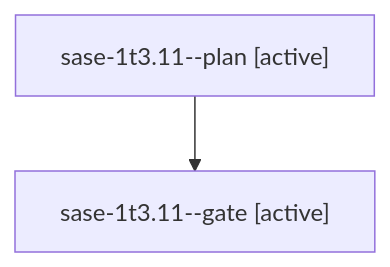
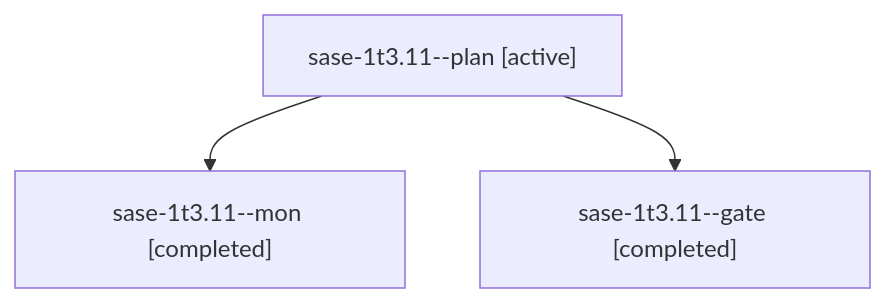
The diagram in sessions/bbugyi200.athena.sase-1t3.11.md (sase-org/sase--agents), drawn with Mermaid before and after one commit. The commit also changed other lines of this file and 194 other files, not shown here.

````diff
--- a/sessions/bbugyi200.athena.sase-1t3.11.md
+++ b/sessions/bbugyi200.athena.sase-1t3.11.md
@@ -9,6 +9,8 @@
 ```mermaid
 flowchart TD
   n0["sase-1t3.11--plan [active]"]
-  n1["sase-1t3.11--gate [active]"]
+  n1["sase-1t3.11--mon [completed]"]
   n0 --> n1
+  n2["sase-1t3.11--gate [completed]"]
+  n0 --> n2
 ```
````
